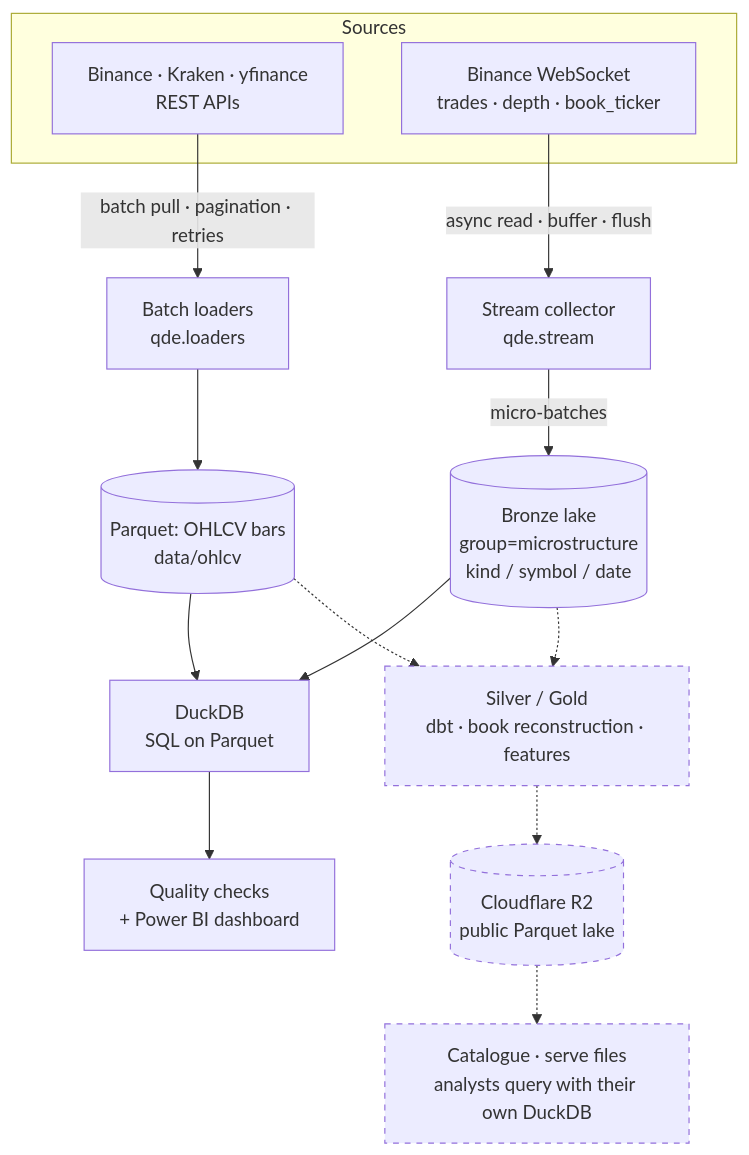
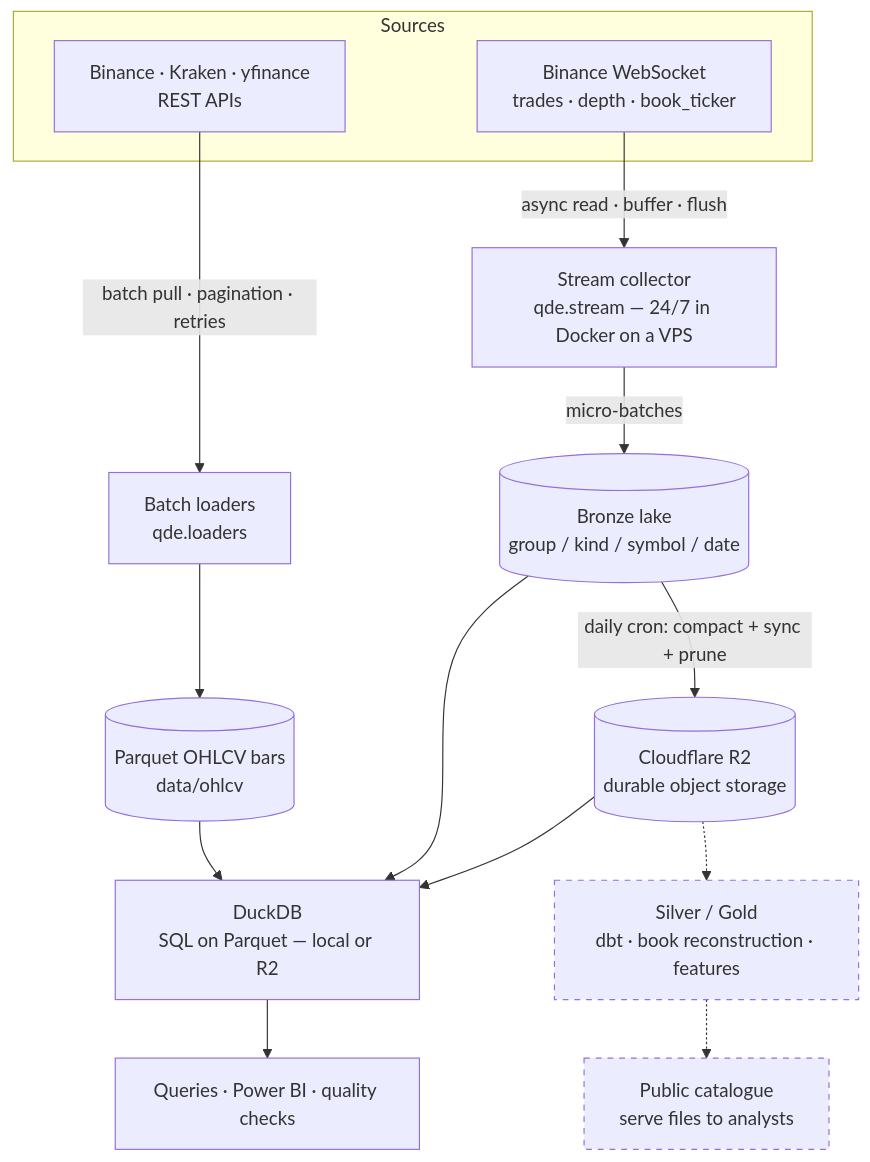
Before and after one commit to s02minu/quant-data-engine: the diagram in README.md, drawn with Mermaid. The commit also changed other lines of this file, not shown here.

Commit message:
docs: bring README up to date — deployed R2 pipeline, compaction, sync, querying

````diff
--- a/README.md
+++ b/README.md
@@ -11,25 +12,26 @@
 ```mermaid
 flowchart TD
     subgraph SRC["Sources"]
       REST["Binance · Kraken · yfinance<br/>REST APIs"]
       WS["Binance WebSocket<br/>trades · depth · book_ticker"]
     end
 
     REST -->|"batch pull · pagination · retries"| BL["Batch loaders<br/>qde.loaders"]
-    WS -->|"async read · buffer · flush"| SC["Stream collector<br/>qde.stream"]
+    WS -->|"async read · buffer · flush"| SC["Stream collector<br/>qde.stream — 24/7 in Docker on a VPS"]
 
-    BL --> BARS[("Parquet: OHLCV bars<br/>data/ohlcv")]
-    SC -->|"micro-batches"| BRONZE[("Bronze lake<br/>group=microstructure<br/>kind / symbol / date")]
+    BL --> BARS[("Parquet OHLCV bars<br/>data/ohlcv")]
+    SC -->|"micro-batches"| BRONZE[("Bronze lake<br/>group / kind / symbol / date")]
 
-    BARS --> DUCK["DuckDB<br/>SQL on Parquet"]
+    BRONZE -->|"daily cron: compact + sync + prune"| R2[("Cloudflare R2<br/>durable object storage")]
+
+    BARS --> DUCK["DuckDB<br/>SQL on Parquet — local or R2"]
     BRONZE --> DUCK
-    DUCK --> QA["Quality checks<br/>+ Power BI dashboard"]
+    R2 --> DUCK
+    DUCK --> OUT["Queries · Power BI · quality checks"]
 
-    BRONZE -.-> SILVER["Silver / Gold<br/>dbt · book reconstruction · features"]
-    BARS -.-> SILVER
-    SILVER -.-> R2[("Cloudflare R2<br/>public Parquet lake")]
-    R2 -.-> SERVE["Catalogue · serve files<br/>analysts query with their own DuckDB"]
+    R2 -.-> SILVER["Silver / Gold<br/>dbt · book reconstruction · features"]
+    SILVER -.-> PUB["Public catalogue<br/>serve files to analysts"]
 
     classDef planned stroke-dasharray:5 5;
-    class SILVER,R2,SERVE planned;
+    class SILVER,PUB planned;
 ```
````
